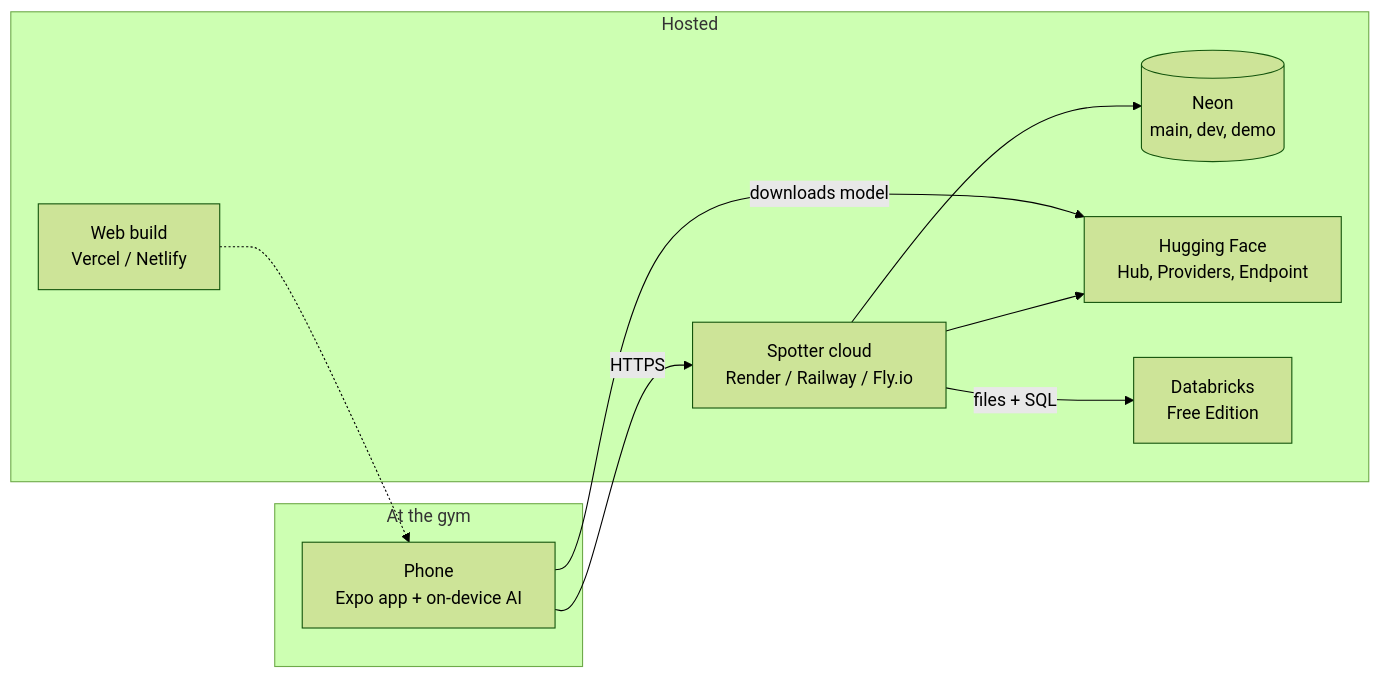
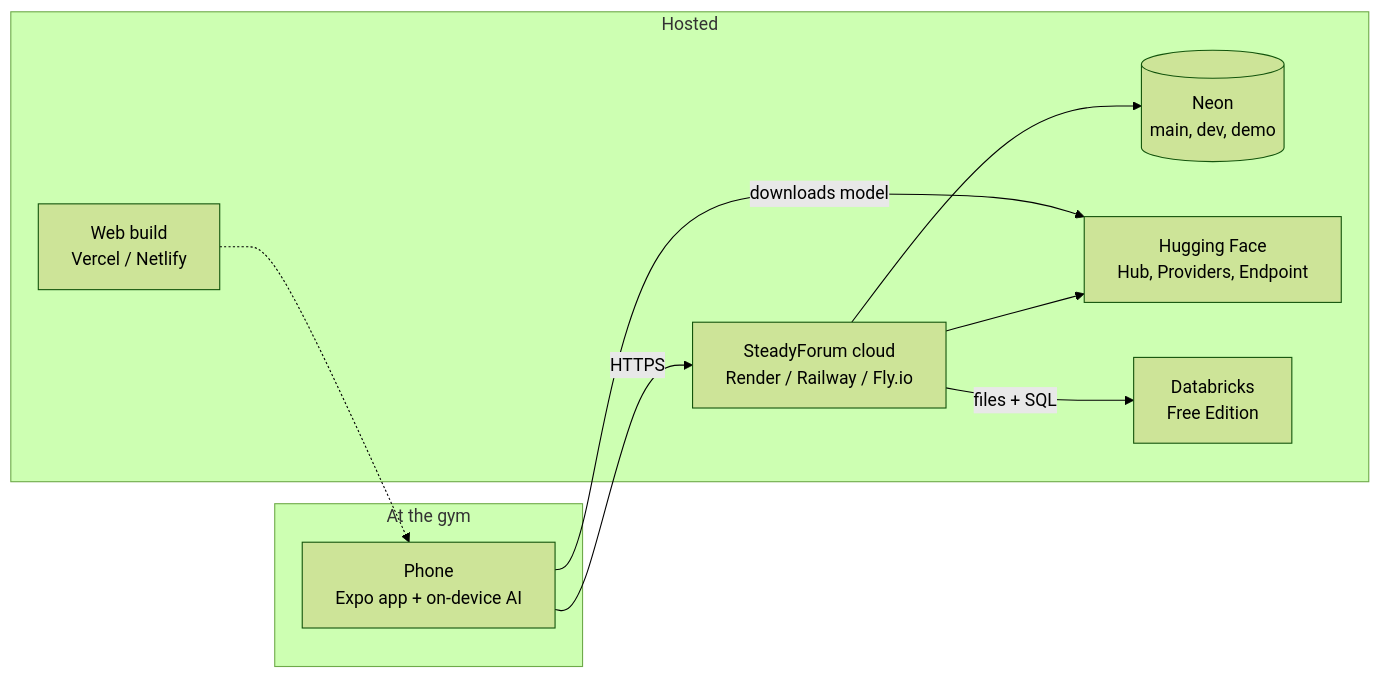
One commit to Del0m/KnightHacks2026 changed diagram 16 of 17 in Architecture.md. Above: the diagram before and after it, drawn with Mermaid (forest theme). The commit also changed other lines of this file and 176 other files, not shown here.

Commit message:
Rename project to SteadyForum and add full verification CI

````diff
--- a/Architecture.md
+++ b/Architecture.md
@@ -704,19 +704,19 @@
 ```mermaid
 flowchart LR
     subgraph Gym["At the gym"]
         PH["Phone<br/>Expo app + on-device AI"]
     end
     subgraph Hosted["Hosted"]
-        API["Spotter cloud<br/>Render / Railway / Fly.io"]
+        API["SteadyForum cloud<br/>Render / Railway / Fly.io"]
         WEB["Web build<br/>Vercel / Netlify"]
         NEON[("Neon<br/>main, dev, demo")]
         HF["Hugging Face<br/>Hub, Providers, Endpoint"]
         DBX["Databricks<br/>Free Edition"]
     end
     PH -- "HTTPS" --> API
     PH -- "downloads model" --> HF
     API --> NEON
     API --> HF
     API -- "files + SQL" --> DBX
     WEB -.-> PH
 ```
````
